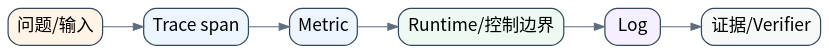
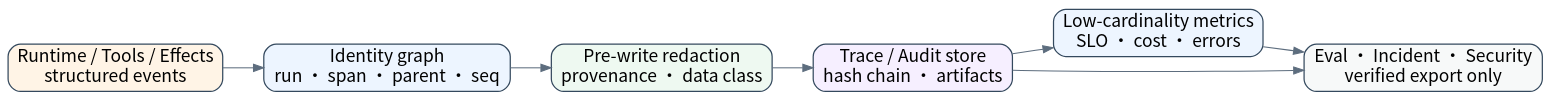
Before and after one commit to william-lbn/aiagentsystem: the diagram in book/assets/diagrams/31-observability-architecture.dot, drawn with Graphviz. The commit also changed 115 other files, not shown here.

```diff
--- a/book/assets/diagrams/31-observability-architecture.dot
+++ b/book/assets/diagrams/31-observability-architecture.dot
@@ -1,16 +1,17 @@
 digraph G {
 graph [rankdir=LR,bgcolor="transparent",pad="0.15",nodesep="0.4",ranksep="0.55"];
 node [shape=box,style="rounded,filled",fontname="Noto Sans CJK SC",fontsize=17,color="#34495e",penwidth=1.2];
 edge [fontname="Noto Sans CJK SC",fontsize=11,color="#5d6d7e"];
-n0 [label="问题/输入",fillcolor="#fff4e6"];
-n1 [label="Trace span",fillcolor="#edf5ff"];
-n2 [label="Metric",fillcolor="#edf5ff"];
-n3 [label="Runtime/控制边界",fillcolor="#eef9f1"];
-n4 [label="Log",fillcolor="#f6efff"];
-n5 [label="证据/Verifier",fillcolor="#f7f9f9"];
-n0->n1;
-n1->n2;
-n2->n3;
-n3->n4;
-n4->n5;
+runtime [label="Runtime / Tools / Effects\nstructured events",fillcolor="#fff4e6"];
+identity [label="Identity graph\nrun · span · parent · seq",fillcolor="#edf5ff"];
+redact [label="Pre-write redaction\nprovenance · data class",fillcolor="#eef9f1"];
+trace [label="Trace / Audit store\nhash chain · artifacts",fillcolor="#f6efff"];
+metrics [label="Low-cardinality metrics\nSLO · cost · errors",fillcolor="#edf5ff"];
+consumer [label="Eval · Incident · Security\nverified export only",fillcolor="#f7f9f9"];
+runtime->identity;
+identity->redact;
+redact->trace;
+trace->consumer;
+trace->metrics;
+metrics->consumer;
 }
```
